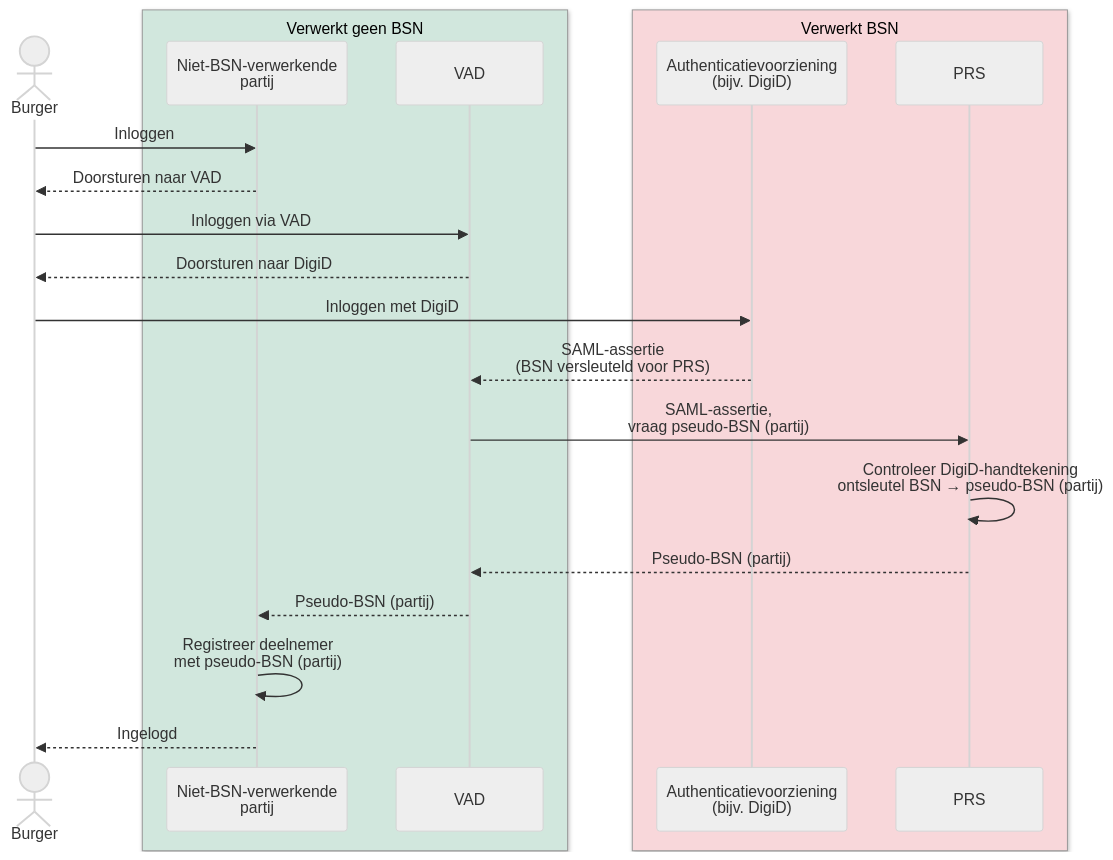
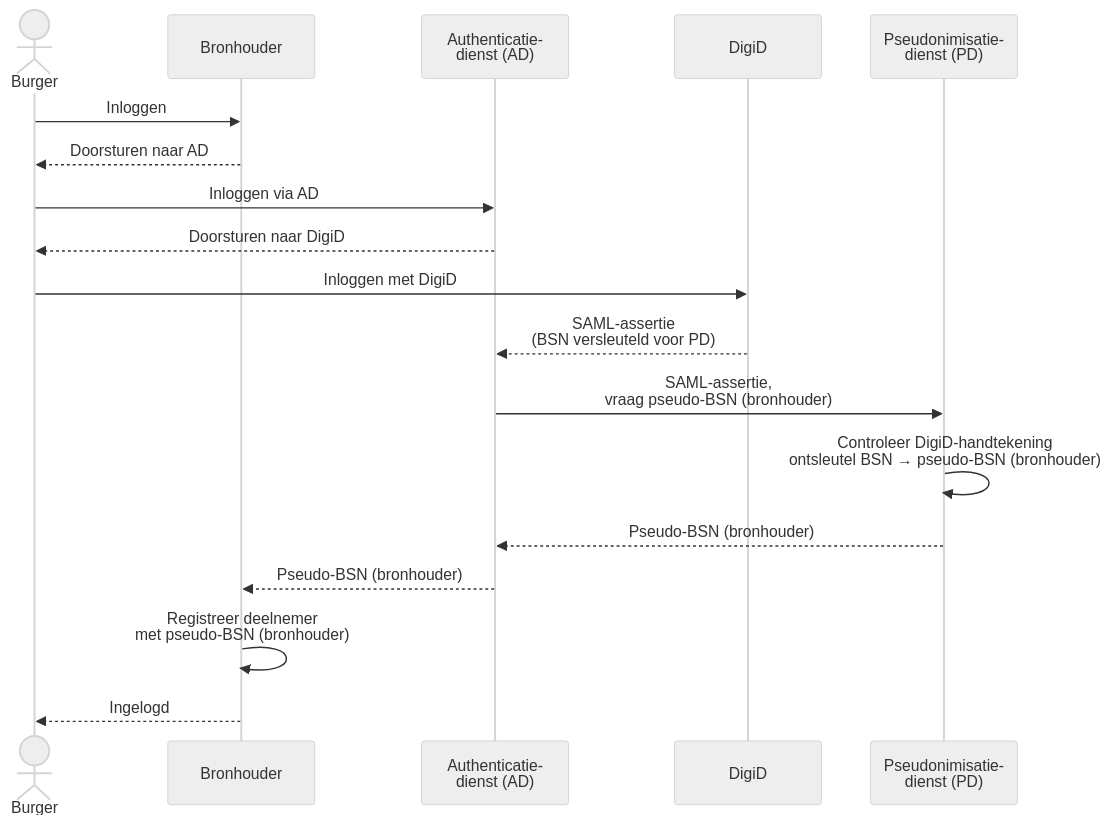
The third of 9 diagrams in input/pagecontent/identification-sg.md (minvws/generiekefuncties-docs), drawn with Mermaid (neutral theme) before and after one commit. The commit also changed other lines of this file and 1 other file, not shown here.

````diff
--- a/input/pagecontent/identification-sg.md
+++ b/input/pagecontent/identification-sg.md
@@ -230,25 +217,21 @@
 ```mermaid
 sequenceDiagram
     actor burger as Burger
-    box rgb(209,231,221) Verwerkt geen BSN
-        participant partij as Niet-BSN-verwerkende<br/>partij
-        participant vad as VAD
-    end
-    box rgb(248,215,218) Verwerkt BSN
-        participant digid as Authenticatievoorziening<br/>(bijv. DigiD)
-        participant prs as PRS
-    end
+    participant bronhouder as Bronhouder
+    participant ad as Authenticatie-<br/>dienst (AD)
+    participant digid as DigiD
+    participant pd as Pseudonimisatie-<br/>dienst (PD)
 
-    burger->>partij: Inloggen
-    partij-->>burger: Doorsturen naar VAD
-    burger->>vad: Inloggen via VAD
-    vad-->>burger: Doorsturen naar DigiD
+    burger->>bronhouder: Inloggen
+    bronhouder-->>burger: Doorsturen naar AD
+    burger->>ad: Inloggen via AD
+    ad-->>burger: Doorsturen naar DigiD
     burger->>digid: Inloggen met DigiD
-    digid-->>vad: SAML-assertie<br/>(BSN versleuteld voor PRS)
-    vad->>prs: SAML-assertie,<br/>vraag pseudo-BSN (partij)
-    prs->>prs: Controleer DigiD-handtekening<br/>ontsleutel BSN → pseudo-BSN (partij)
-    prs-->>vad: Pseudo-BSN (partij)
-    vad-->>partij: Pseudo-BSN (partij)
-    partij->>partij: Registreer deelnemer<br/>met pseudo-BSN (partij)
-    partij-->>burger: Ingelogd
+    digid-->>ad: SAML-assertie<br/>(BSN versleuteld voor PD)
+    ad->>pd: SAML-assertie,<br/>vraag pseudo-BSN (bronhouder)
+    pd->>pd: Controleer DigiD-handtekening<br/>ontsleutel BSN → pseudo-BSN (bronhouder)
+    pd-->>ad: Pseudo-BSN (bronhouder)
+    ad-->>bronhouder: Pseudo-BSN (bronhouder)
+    bronhouder->>bronhouder: Registreer deelnemer<br/>met pseudo-BSN (bronhouder)
+    bronhouder-->>burger: Ingelogd
 ```
````
